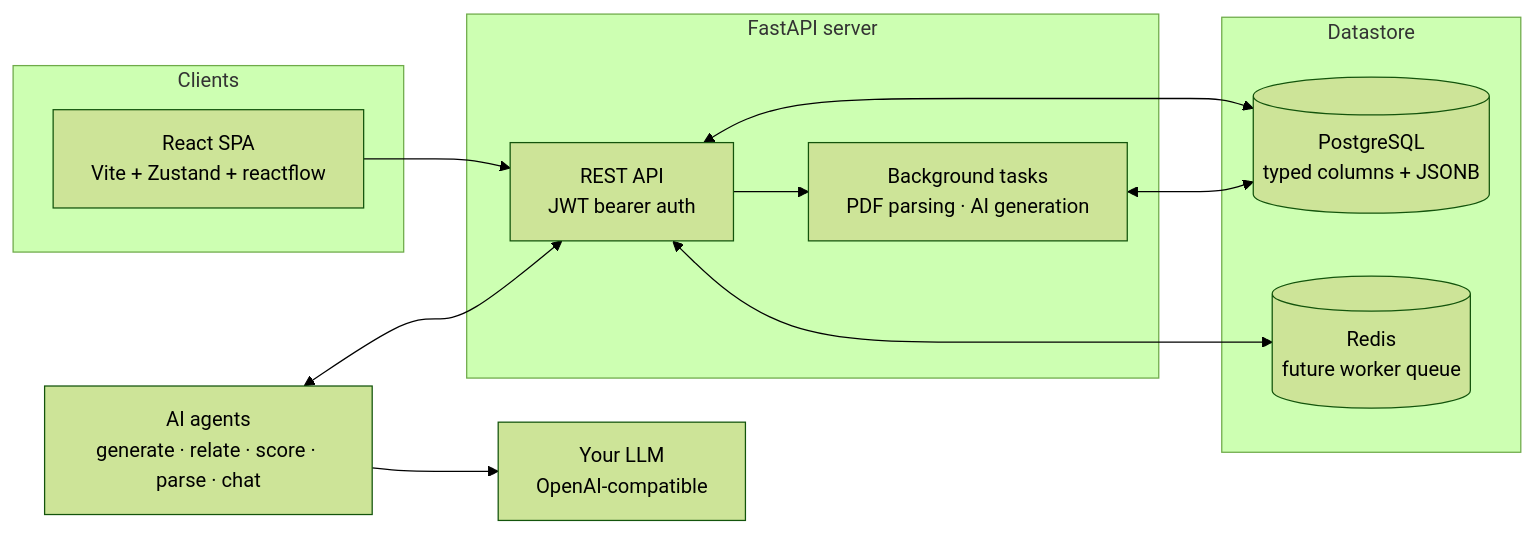
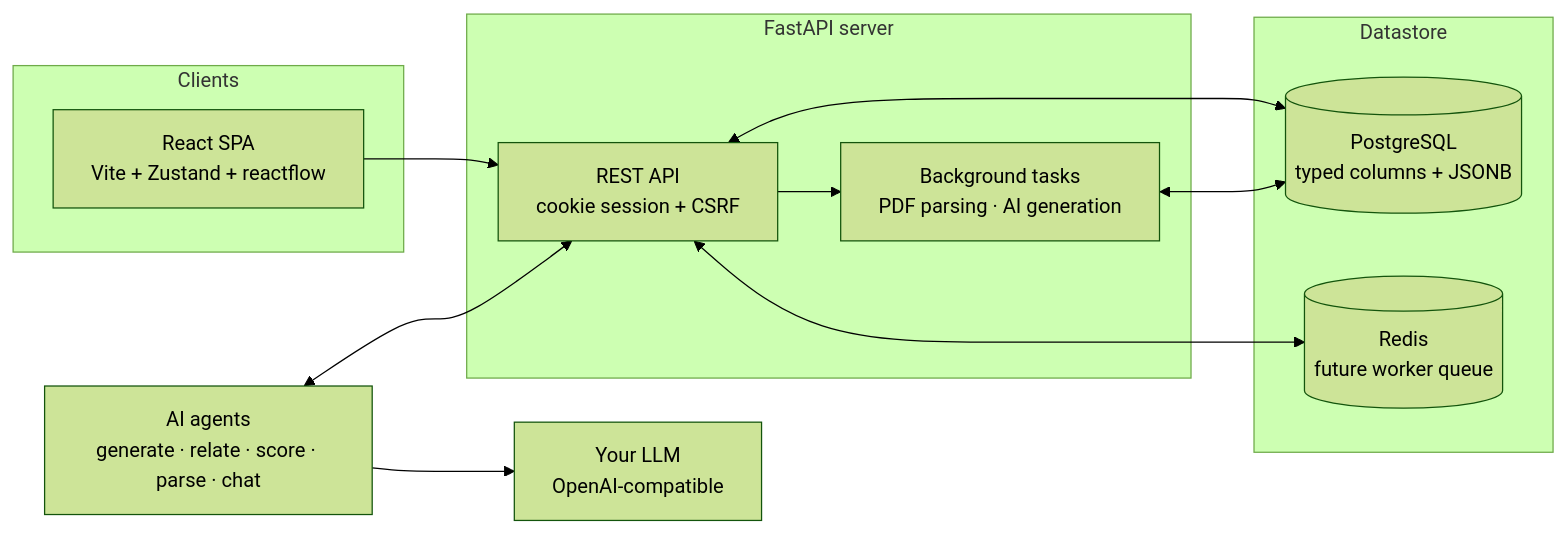
The diagram in README.md (neuronection/career-assistant), drawn with Mermaid (forest theme) before and after one commit. The commit also changed other lines of this file and 1920 other files, not shown here.

````diff
--- a/README.md
+++ b/README.md
@@ -182,24 +210,24 @@
 ```mermaid
 flowchart LR
     subgraph Clients
         FE[React SPA<br/>Vite + Zustand + reactflow]
     end
     subgraph Server["FastAPI server"]
-        API[REST API<br/>JWT bearer auth]
+        API[REST API<br/>cookie session + CSRF]
         BG[Background tasks<br/>PDF parsing · AI generation]
     end
     subgraph Datastore
         PG[(PostgreSQL<br/>typed columns + JSONB)]
         RQ[(Redis<br/>future worker queue)]
     end
     LLM[Your LLM<br/>OpenAI-compatible]
     AG[AI agents<br/>generate · relate · score · parse · chat]
 
     FE --> API
     API <--> PG
     API --> BG
     BG <--> PG
     API <--> RQ
     AG <--> API
     AG --> LLM
 ```
````
